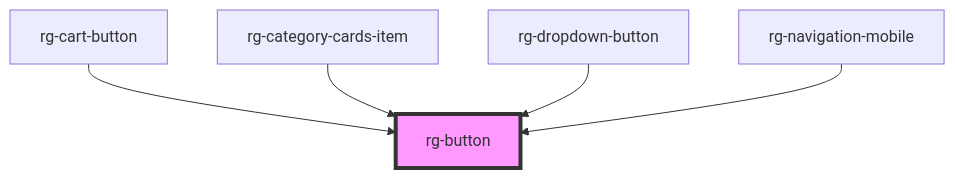
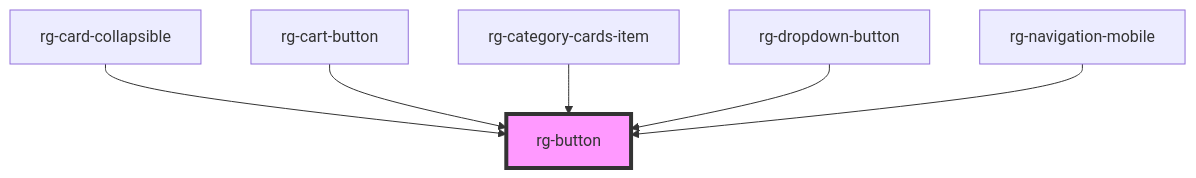
One commit to tomas862/regila-ui changed the diagram in src/components/button/readme.md. Above: the diagram before and after it, drawn with Mermaid. The commit also changed other lines of this file and 8 other files, not shown here.

````diff
--- a/src/components/button/readme.md
+++ b/src/components/button/readme.md
@@ -27,8 +28,9 @@
 ```mermaid
 graph TD;
+  rg-card-collapsible --> rg-button
   rg-cart-button --> rg-button
   rg-category-cards-item --> rg-button
   rg-dropdown-button --> rg-button
   rg-navigation-mobile --> rg-button
   style rg-button fill:#f9f,stroke:#333,stroke-width:4px
 ```
````
